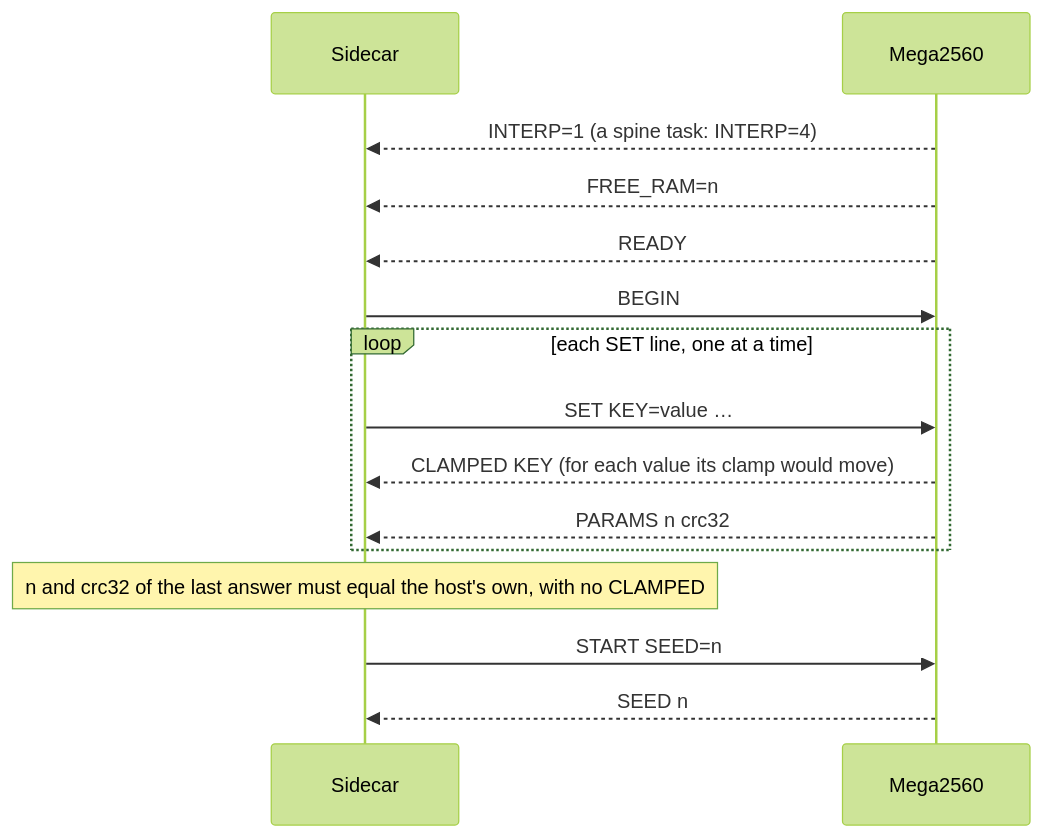
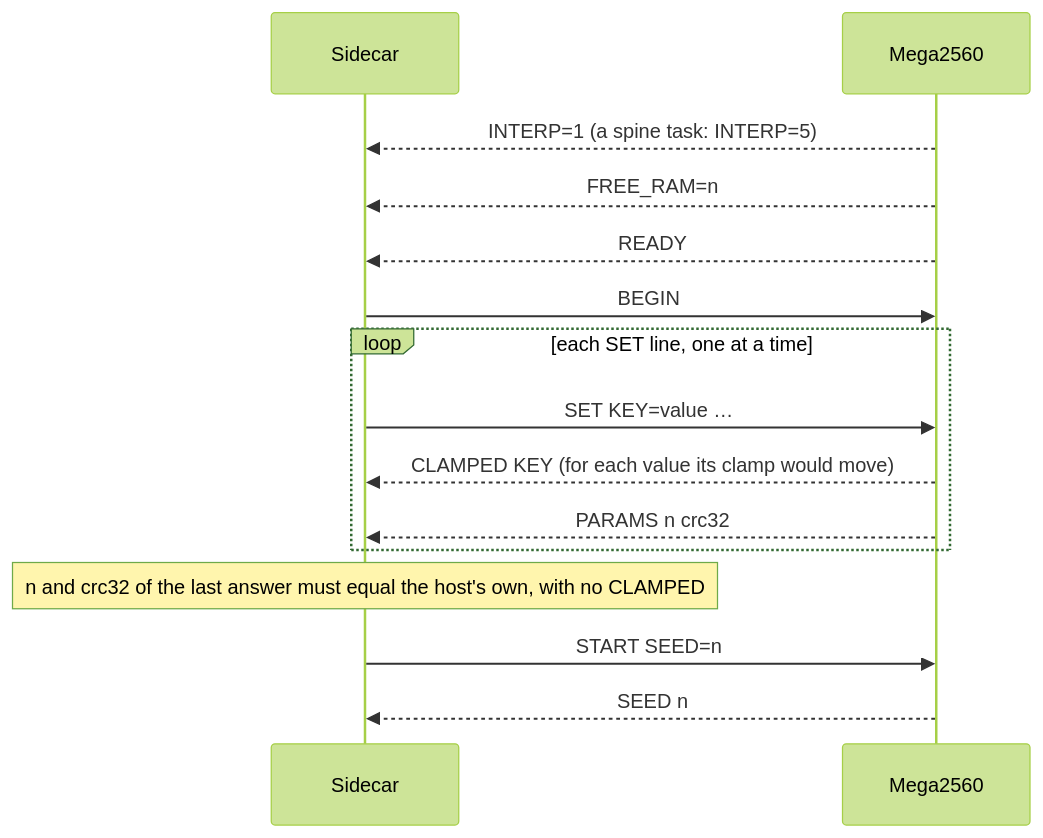
The sixth of 7 diagrams in docs/TASKS.md (Chase-NJ/Ephymeris), drawn with Mermaid (forest theme) before and after one commit. The commit also changed other lines of this file and 58 other files, not shown here.

First line of the commit message:
Drive PWM, tone and pulse-train outputs from a spine task's rows (#152)

````diff
--- a/docs/TASKS.md
+++ b/docs/TASKS.md
@@ -1151,17 +1197,17 @@
 ```mermaid
 sequenceDiagram
     participant Host as Sidecar
     participant Board as Mega2560
-    Board-->>Host: INTERP=1 (a spine task: INTERP=4)
+    Board-->>Host: INTERP=1 (a spine task: INTERP=5)
     Board-->>Host: FREE_RAM=n
     Board-->>Host: READY
     Host->>Board: BEGIN
     loop each SET line, one at a time
         Host->>Board: SET KEY=value …
         Board-->>Host: CLAMPED KEY (for each value its clamp would move)
         Board-->>Host: PARAMS n crc32
     end
     Note over Host: n and crc32 of the last answer must equal the host's own, with no CLAMPED
     Host->>Board: START SEED=n
     Board-->>Host: SEED n
 ```
````
